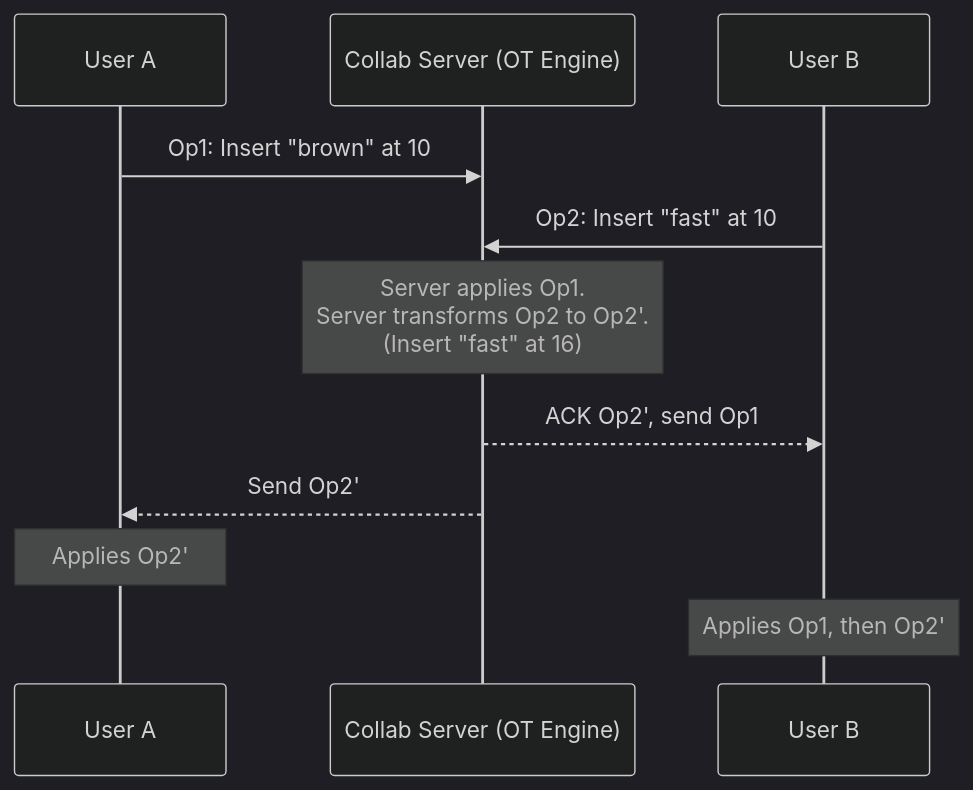
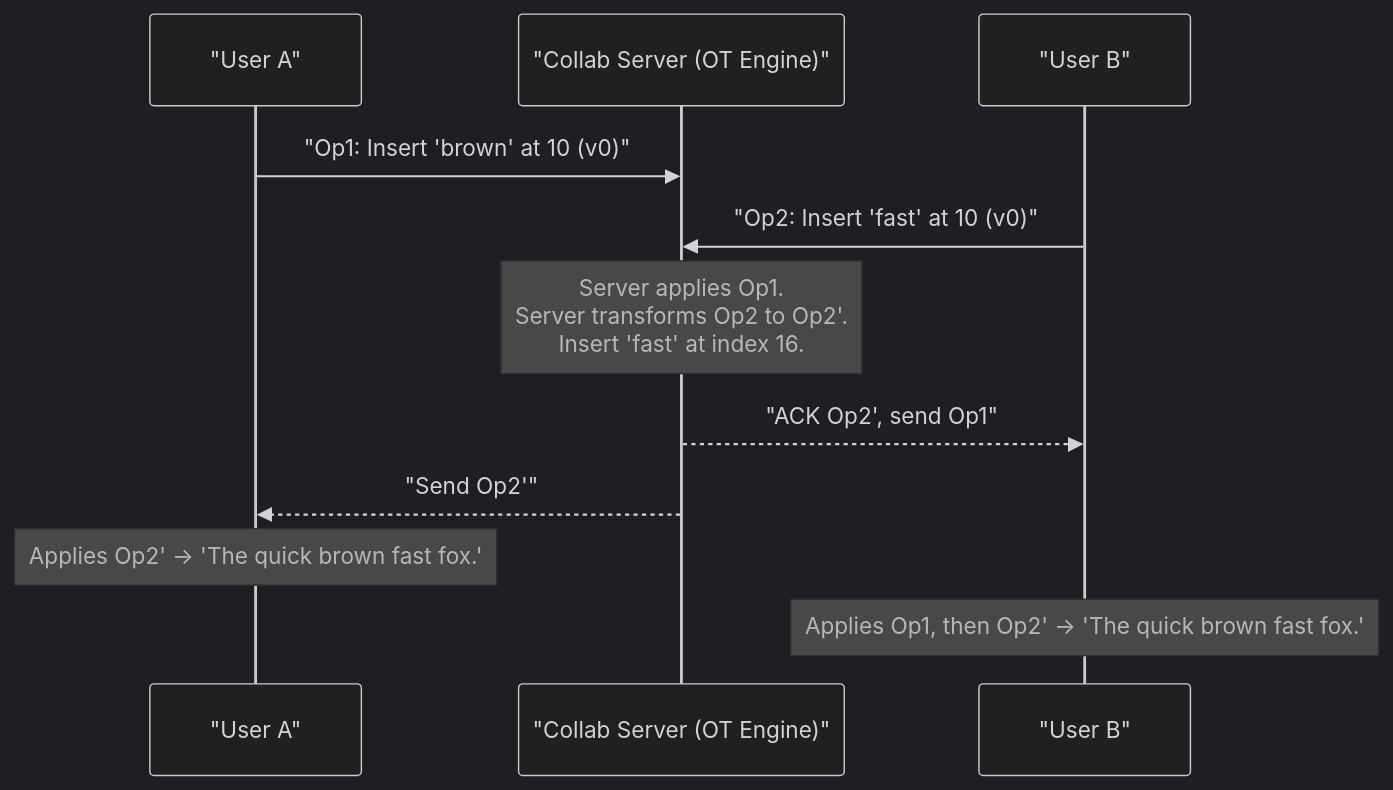
Before and after one commit to akshay-k-r/Interview-Prep-Resource: the diagram in src/pages/02-hld/case-studies/google-docs.mdx, drawn with Mermaid (dark theme). The commit also changed other lines of this file and 179 other files, not shown here.

````diff
--- a/src/pages/02-hld/case-studies/google-docs.mdx
+++ b/src/pages/02-hld/case-studies/google-docs.mdx
@@ -45,17 +164,17 @@
 ```mermaid
 sequenceDiagram
-    participant ClientA as User A
-    participant Server as Collab Server (OT Engine)
-    participant ClientB as User B
+    participant ClientA as "User A"
+    participant Server as "Collab Server (OT Engine)"
+    participant ClientB as "User B"
 
-    ClientA->>Server: Op1: Insert "brown" at 10
-    ClientB->>Server: Op2: Insert "fast" at 10
+    ClientA->>Server: "Op1: Insert 'brown' at 10 (v0)"
+    ClientB->>Server: "Op2: Insert 'fast' at 10 (v0)"
     
-    Note over Server: Server applies Op1.<br>Server transforms Op2 to Op2'.<br>(Insert "fast" at 16)
+    Note over Server: Server applies Op1.<br/>Server transforms Op2 to Op2'.<br/>Insert 'fast' at index 16.
     
-    Server-->>ClientB: ACK Op2', send Op1
-    Server-->>ClientA: Send Op2'
+    Server-->>ClientB: "ACK Op2', send Op1"
+    Server-->>ClientA: "Send Op2'"
     
-    Note over ClientA: Applies Op2'
-    Note over ClientB: Applies Op1, then Op2'
+    Note over ClientA: Applies Op2' -> 'The quick brown fast fox.'
+    Note over ClientB: Applies Op1, then Op2' -> 'The quick brown fast fox.'
 ```
````
